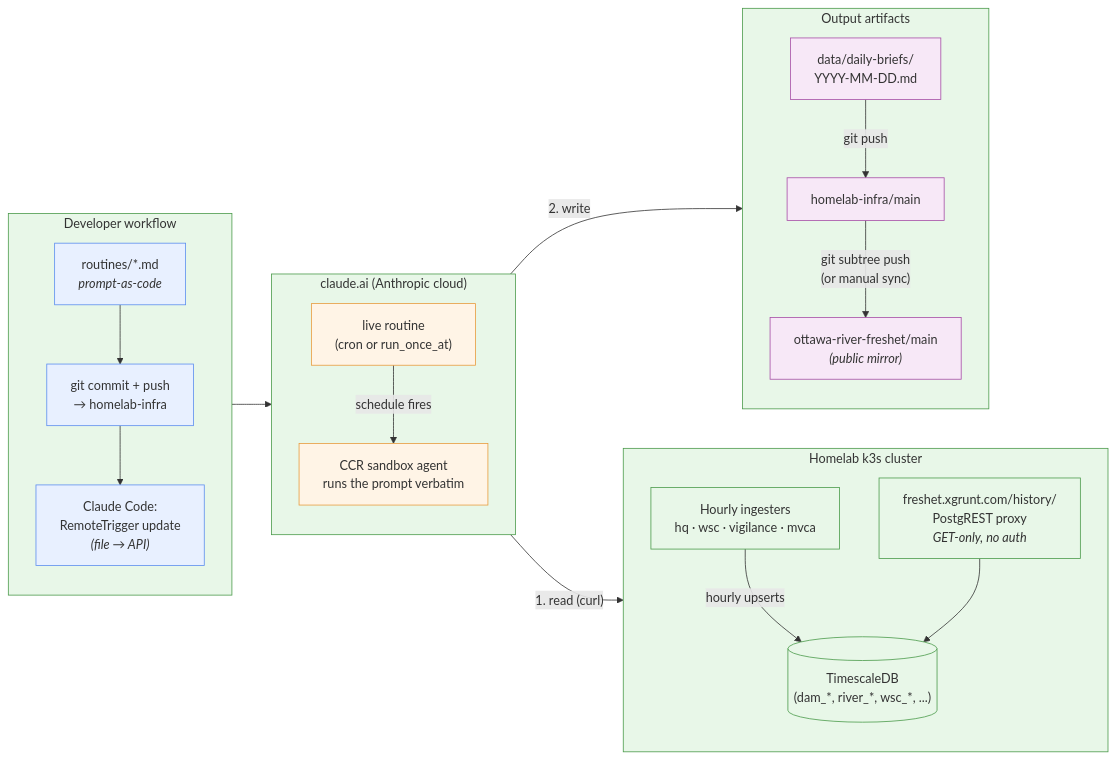
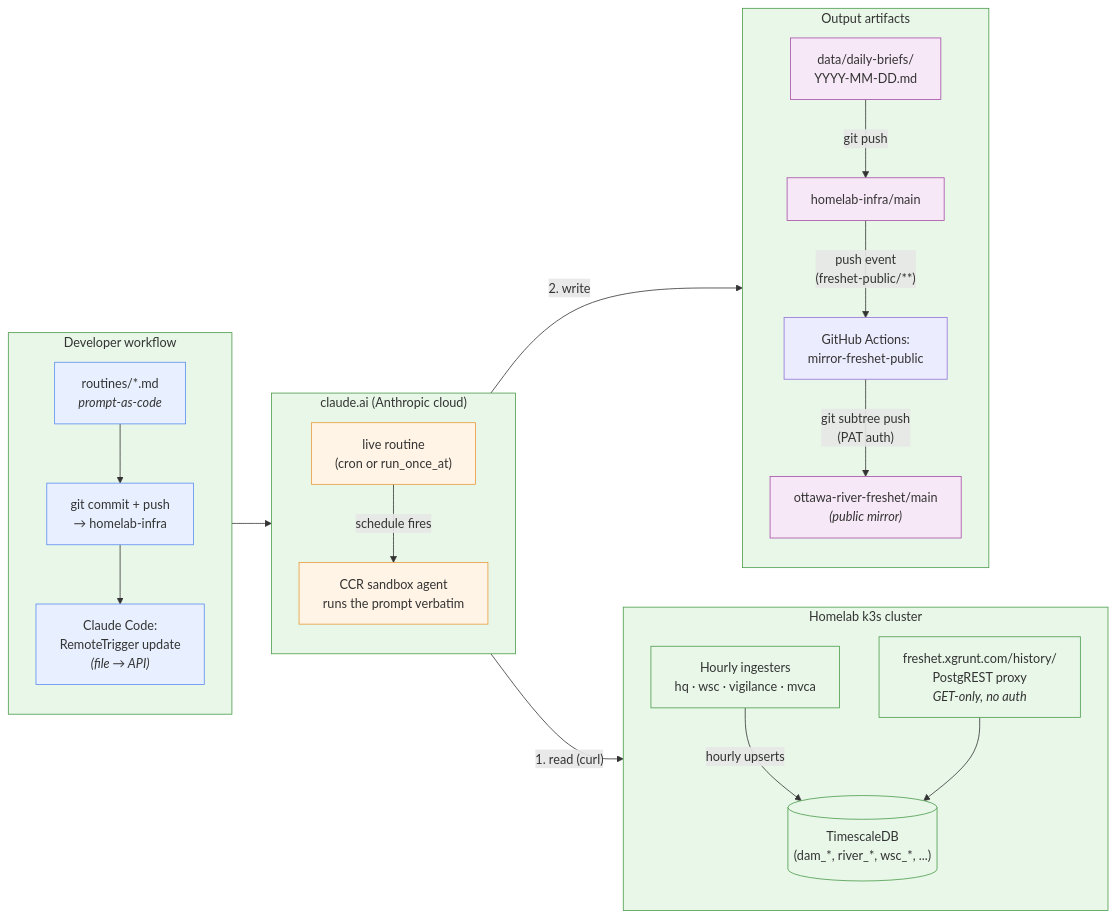
One commit to aachtenberg/ottawa-river-freshet changed the diagram in routines/README.md. Above: the diagram before and after it, drawn with Mermaid. The commit also changed other lines of this file and 2 other files, not shown here.

First line of the commit message:
docs(freshet/routines): drop subtree-push step now that CI handles mirroring

````diff
--- a/routines/README.md
+++ b/routines/README.md
@@ -31,48 +31,50 @@
 ```mermaid
 flowchart LR
     subgraph dev["Developer workflow"]
         direction TB
         file["routines/*.md<br/><i>prompt-as-code</i>"]
         commit["git commit + push<br/>→ homelab-infra"]
         push["Claude Code:<br/>RemoteTrigger update<br/><i>(file → API)</i>"]
         file --> commit --> push
     end
 
     subgraph cloud["claude.ai (Anthropic cloud)"]
         direction TB
         live["live routine<br/>(cron or run_once_at)"]
         agent["CCR sandbox agent<br/>runs the prompt verbatim"]
         live -- "schedule fires" --> agent
     end
 
     subgraph homelab["Homelab k3s cluster"]
         direction TB
         proxy["freshet.xgrunt.com/history/<br/>PostgREST proxy<br/><i>GET-only, no auth</i>"]
         db[("TimescaleDB<br/>(dam_*, river_*, wsc_*, ...)")]
         ingest["Hourly ingesters<br/>hq · wsc · vigilance · mvca"]
         ingest -- "hourly upserts" --> db
         proxy --> db
     end
 
     subgraph artifacts["Output artifacts"]
         direction TB
         brief["data/daily-briefs/<br/>YYYY-MM-DD.md"]
         homelabrepo["homelab-infra/main"]
+        gha["GitHub Actions:<br/>mirror-freshet-public"]
         public["ottawa-river-freshet/main<br/><i>(public mirror)</i>"]
         brief -- "git push" --> homelabrepo
-        homelabrepo -- "git subtree push<br/>(or manual sync)" --> public
+        homelabrepo -- "push event<br/>(freshet-public/**)" --> gha
+        gha -- "git subtree push<br/>(PAT auth)" --> public
     end
 
     push --> live
     agent -- "1. read (curl)" --> proxy
     agent -- "2. write" --> brief
 
     classDef src fill:#e8f0ff,stroke:#5b8def
     classDef cloud fill:#fff4e6,stroke:#e89b3c
     classDef cluster fill:#e8f7e8,stroke:#4a9a4a
     classDef out fill:#f7e8f7,stroke:#a64ca6
     class file,commit,push src
     class live,agent cloud
     class proxy,db,ingest cluster
     class brief,homelabrepo,public out
 ```
````
